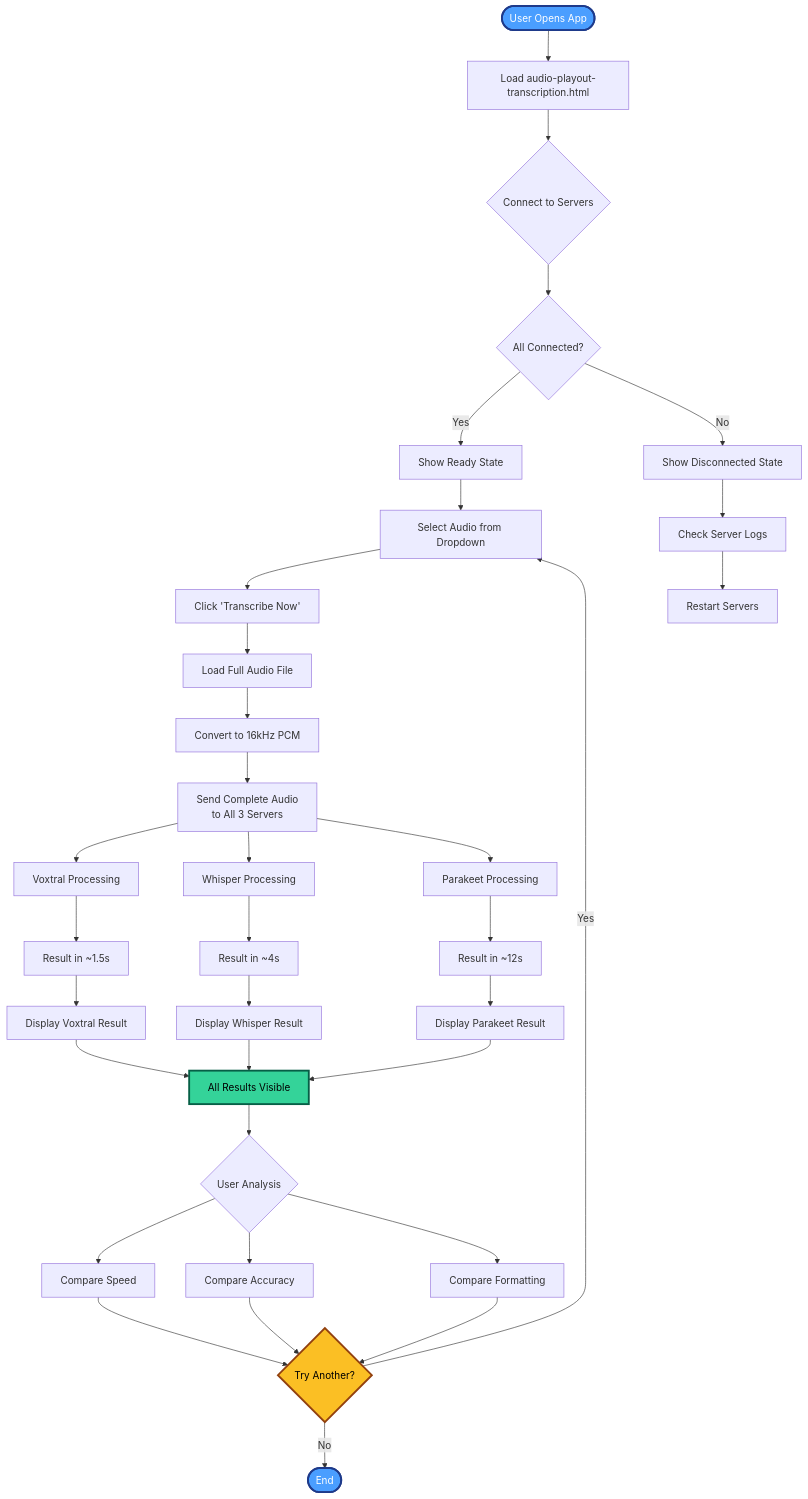
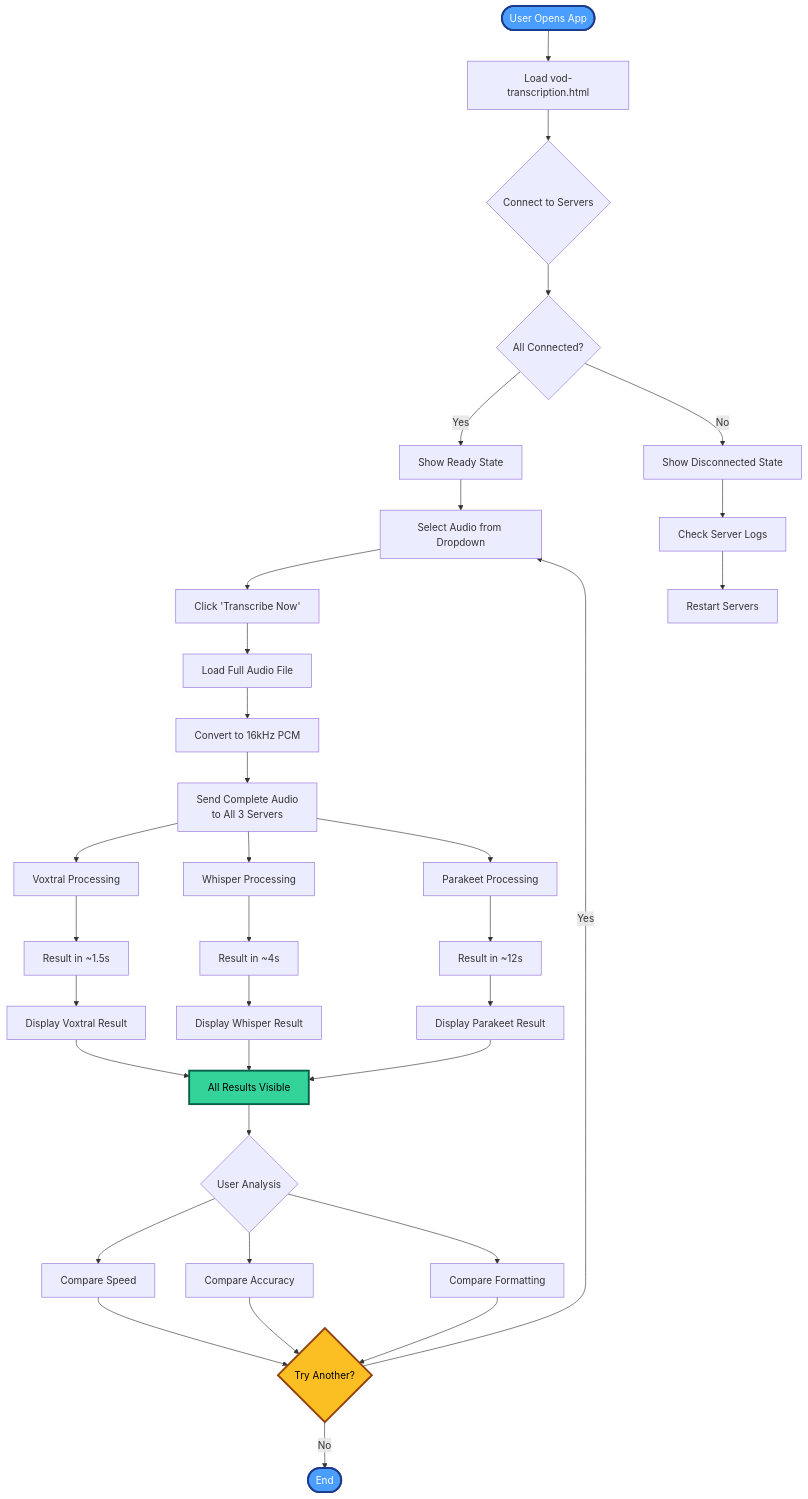
The fifth of 6 diagrams in README.md (gjovanov/speech2text), drawn with Mermaid before and after one commit. The commit also changed other lines of this file and 16 other files, not shown here.

````diff
--- a/README.md
+++ b/README.md
@@ -260,48 +260,48 @@
 ```mermaid
 flowchart TD
-    Start([User Opens App]) --> LoadPage[Load audio-playout-transcription.html]
+    Start([User Opens App]) --> LoadPage[Load vod-transcription.html]
     LoadPage --> Connect{Connect to Servers}
 
     Connect --> Check{All Connected?}
     Check -->|Yes| Ready[Show Ready State]
     Check -->|No| Error[Show Disconnected State]
 
     Ready --> SelectFile[Select Audio from Dropdown]
     SelectFile --> Button[Click 'Transcribe Now']
 
     Button --> LoadAudio[Load Full Audio File]
     LoadAudio --> Prepare[Convert to 16kHz PCM]
     Prepare --> SendAll[Send Complete Audio<br/>to All 3 Servers]
 
     SendAll --> Process1[Voxtral Processing]
     SendAll --> Process2[Whisper Processing]
     SendAll --> Process3[Parakeet Processing]
 
     Process1 --> Result1[Result in ~1.5s]
     Process2 --> Result2[Result in ~4s]
     Process3 --> Result3[Result in ~12s]
 
     Result1 --> ShowVoxtral[Display Voxtral Result]
     Result2 --> ShowWhisper[Display Whisper Result]
     Result3 --> ShowParakeet[Display Parakeet Result]
 
     ShowVoxtral & ShowWhisper & ShowParakeet --> AllDone[All Results Visible]
 
     AllDone --> Analyze{User Analysis}
     Analyze --> CompareSpeed[Compare Speed]
     Analyze --> CompareAccuracy[Compare Accuracy]
     Analyze --> CompareFormat[Compare Formatting]
 
     CompareSpeed & CompareAccuracy & CompareFormat --> Decision{Try Another?}
 
     Decision -->|Yes| SelectFile
     Decision -->|No| End([End])
 
     Error --> Troubleshoot[Check Server Logs]
     Troubleshoot --> Restart[Restart Servers]
 
     style Start fill:#4a9eff,stroke:#1e3a8a,stroke-width:3px,color:#fff
     style AllDone fill:#34d399,stroke:#065f46,stroke-width:3px,color:#000
     style Decision fill:#fbbf24,stroke:#92400e,stroke-width:3px,color:#000
     style End fill:#4a9eff,stroke:#1e3a8a,stroke-width:3px,color:#fff
 ```
````
